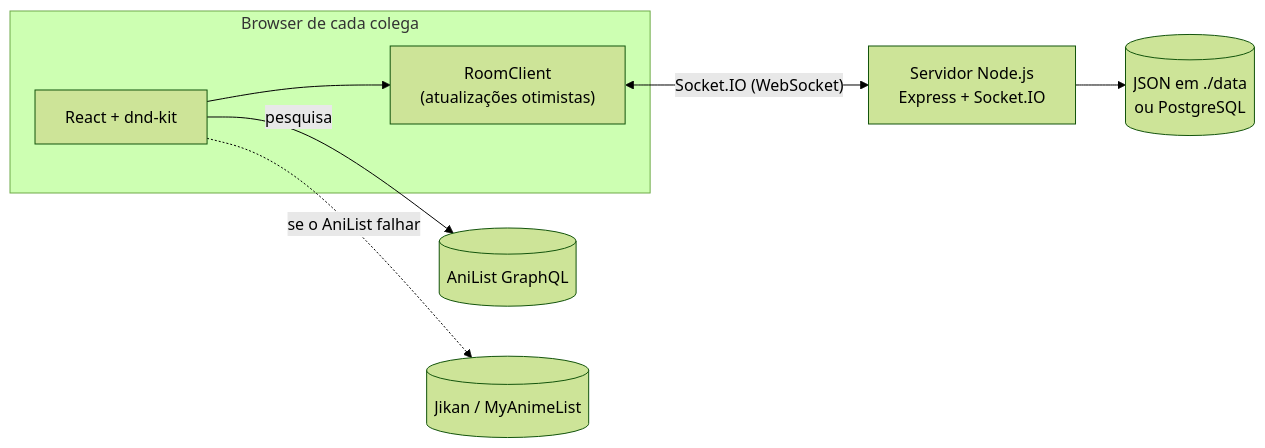
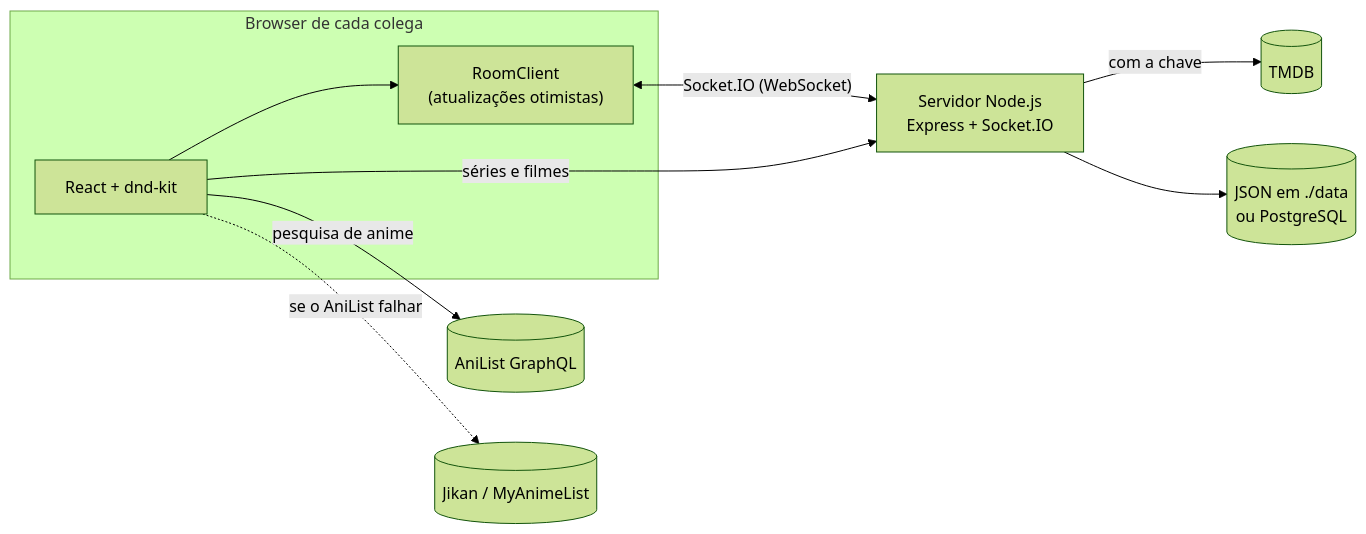
One commit to goncalosousa-hub/ClaudeRepo changed the diagram in README.md. Above: the diagram before and after it, drawn with Mermaid (forest theme). The commit also changed other lines of this file and 45 other files, not shown here.

First line of the commit message:
Add series and movies rooms (TMDB), next to anime

````diff
--- a/README.md
+++ b/README.md
@@ -168,10 +185,12 @@
 ```mermaid
 flowchart LR
   subgraph B["Browser de cada colega"]
     UI["React + dnd-kit"] --> RC["RoomClient<br/>(atualizações otimistas)"]
   end
-  UI -- pesquisa --> AL[("AniList GraphQL")]
+  UI -- "pesquisa de anime" --> AL[("AniList GraphQL")]
   UI -. "se o AniList falhar" .-> JK[("Jikan / MyAnimeList")]
   RC <-- "Socket.IO (WebSocket)" --> S["Servidor Node.js<br/>Express + Socket.IO"]
+  UI -- "séries e filmes" --> S
+  S -- "com a chave" --> TM[("TMDB")]
   S --> DB[("JSON em ./data<br/>ou PostgreSQL")]
 ```
````
